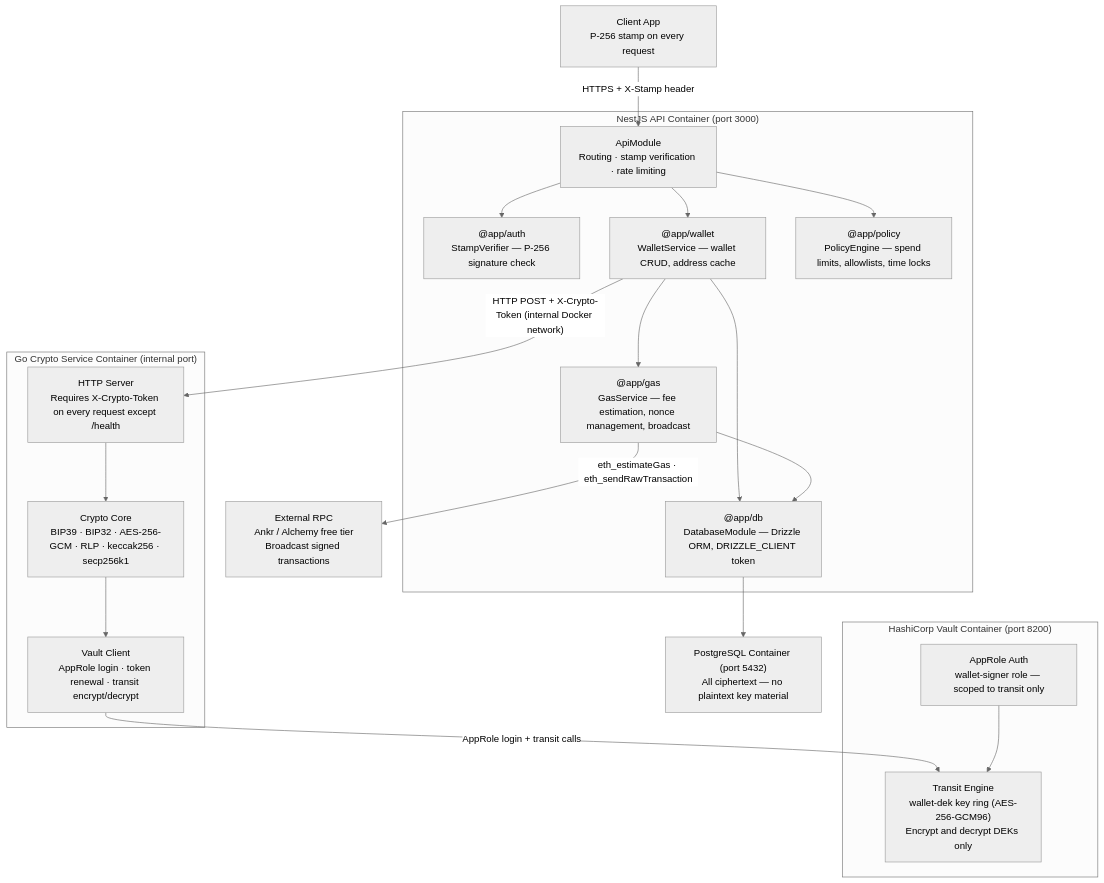
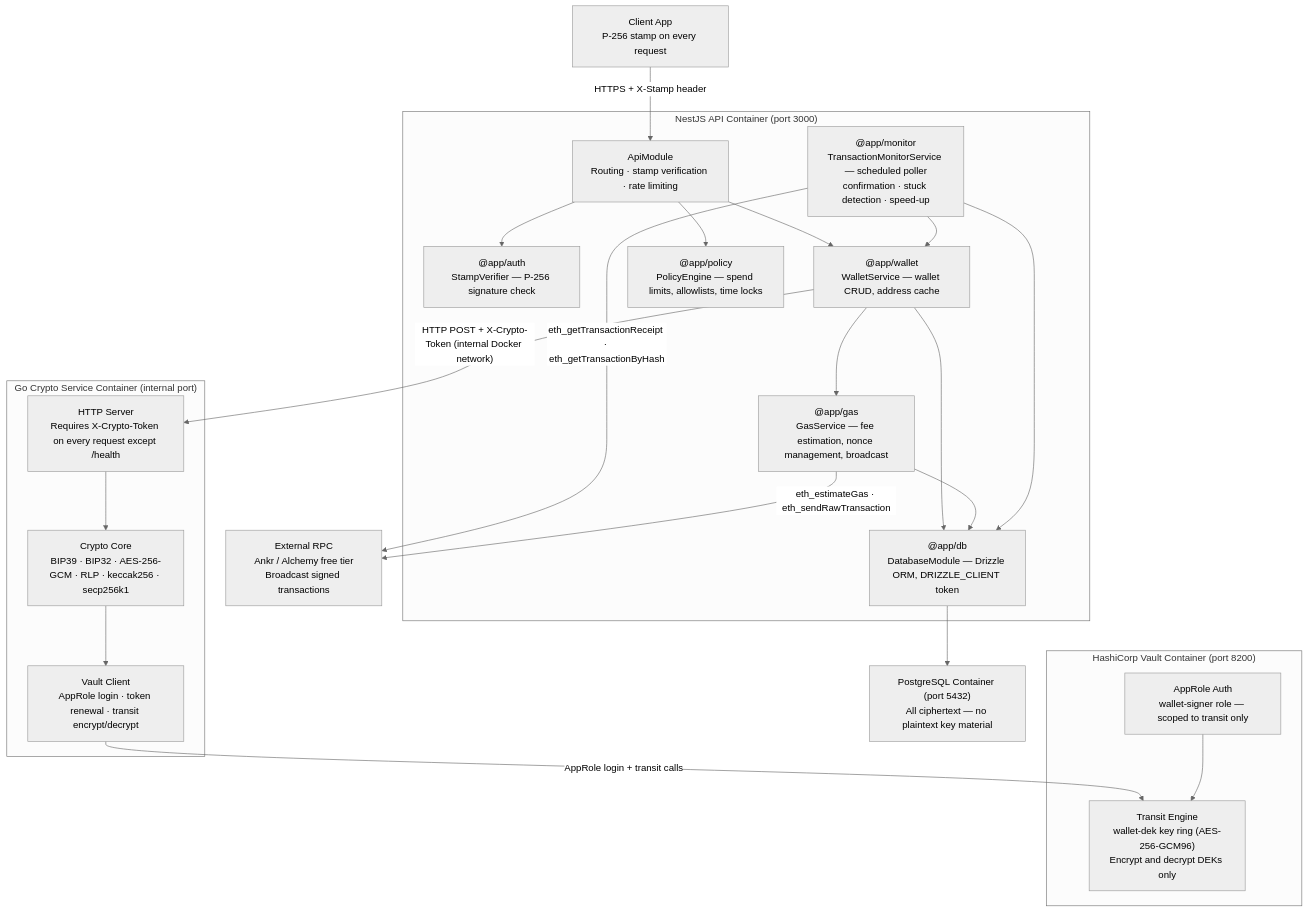
One commit to sg-milad/BrokeTurnkey changed the diagram in docs/ARCHITECTURE.md. Above: the diagram before and after it, drawn with Mermaid (neutral theme). The commit also changed other lines of this file and 1 other file, not shown here.

Commit message:
docs(monitor): introduce TransactionMonitorService for async transaction lifecycle management

````diff
--- a/docs/ARCHITECTURE.md
+++ b/docs/ARCHITECTURE.md
@@ -10,42 +10,46 @@
 ```mermaid
 graph TD
     Client["Client App\nP-256 stamp on every request"]
 
     subgraph NestJS ["NestJS API Container (port 3000)"]
         ApiGateway["ApiModule\nRouting · stamp verification · rate limiting"]
         AuthLib["@app/auth\nStampVerifier — P-256 signature check"]
         WalletLib["@app/wallet\nWalletService — wallet CRUD, address cache"]
         PolicyLib["@app/policy\nPolicyEngine — spend limits, allowlists, time locks"]
         GasLib["@app/gas\nGasService — fee estimation, nonce management, broadcast"]
+        MonitorLib["@app/monitor\nTransactionMonitorService — scheduled poller\nconfirmation · stuck detection · speed-up"]
         DbLib["@app/db\nDatabaseModule — Drizzle ORM, DRIZZLE_CLIENT token"]
     end
 
     subgraph Crypto ["Go Crypto Service Container (internal port)"]
         CryptoHTTP["HTTP Server\nRequires X-Crypto-Token on every request except /health"]
         CryptoLogic["Crypto Core\nBIP39 · BIP32 · AES-256-GCM · RLP · keccak256 · secp256k1"]
         VaultClient["Vault Client\nAppRole login · token renewal · transit encrypt/decrypt"]
     end
 
     subgraph Vault ["HashiCorp Vault Container (port 8200)"]
         Transit["Transit Engine\nwallet-dek key ring (AES-256-GCM96)\nEncrypt and decrypt DEKs only"]
         AppRole["AppRole Auth\nwallet-signer role — scoped to transit only"]
     end
 
     Postgres["PostgreSQL Container (port 5432)\nAll ciphertext — no plaintext key material"]
     RPC["External RPC\nAnkr / Alchemy free tier\nBroadcast signed transactions"]
 
     Client -->|"HTTPS + X-Stamp header"| ApiGateway
     ApiGateway --> AuthLib
     ApiGateway --> WalletLib
     ApiGateway --> PolicyLib
     WalletLib --> GasLib
     WalletLib --> DbLib
     GasLib --> DbLib
+    MonitorLib --> DbLib
+    MonitorLib --> WalletLib
+    MonitorLib -->|"eth_getTransactionReceipt · eth_getTransactionByHash"| RPC
     WalletLib -->|"HTTP POST + X-Crypto-Token (internal Docker network)"| CryptoHTTP
     CryptoHTTP --> CryptoLogic
     CryptoLogic --> VaultClient
     VaultClient -->|"AppRole login + transit calls"| Transit
     AppRole --> Transit
     DbLib --> Postgres
     GasLib -->|"eth_estimateGas · eth_sendRawTransaction"| RPC
 ```
````
